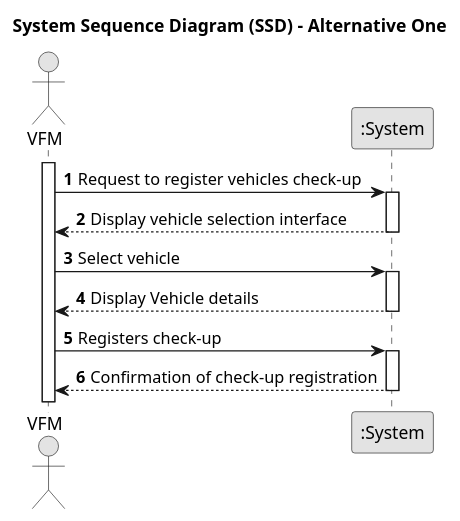
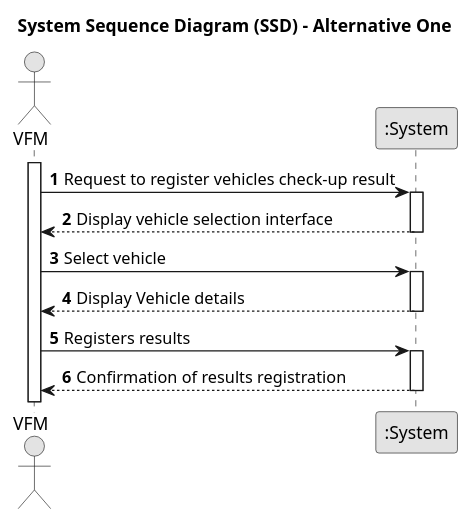
Before and after one commit to Departamento-de-Engenharia-Informatica/lei-24-s2-1df-1de-g063: the diagram in Sprint B/docs/SprintB/us007/01.requirements-engineering/puml/us007-system-sequence-diagram-alternative-one.puml, drawn with PlantUML. The commit also changed 2 other files, not shown here.

```diff
--- a/Sprint B/docs/SprintB/us007/01.requirements-engineering/puml/us007-system-sequence-diagram-alternative-one.puml
+++ b/Sprint B/docs/SprintB/us007/01.requirements-engineering/puml/us007-system-sequence-diagram-alternative-one.puml
@@ -1,33 +1,33 @@
 @startuml
 skinparam monochrome true
 skinparam packageStyle rectangle
 skinparam shadowing false
 
 title System Sequence Diagram (SSD) - Alternative One
 
 autonumber
 
 actor "VFM" as Employee
 participant ":System" as System
 
 activate Employee
 
-    Employee -> System : Request to register vehicles check-up
+    Employee -> System : Request to register vehicles check-up result
     activate System
 
         System --> Employee : Display vehicle selection interface
     deactivate System
 
     Employee -> System : Select vehicle
     activate System
 
         System --> Employee : Display Vehicle details
     deactivate System
 
-    Employee -> System : Registers check-up
+    Employee -> System : Registers results
     activate System
 
-        System --> Employee :  Confirmation of check-up registration
+        System --> Employee :  Confirmation of results registration
     deactivate System
 
 @enduml
```
